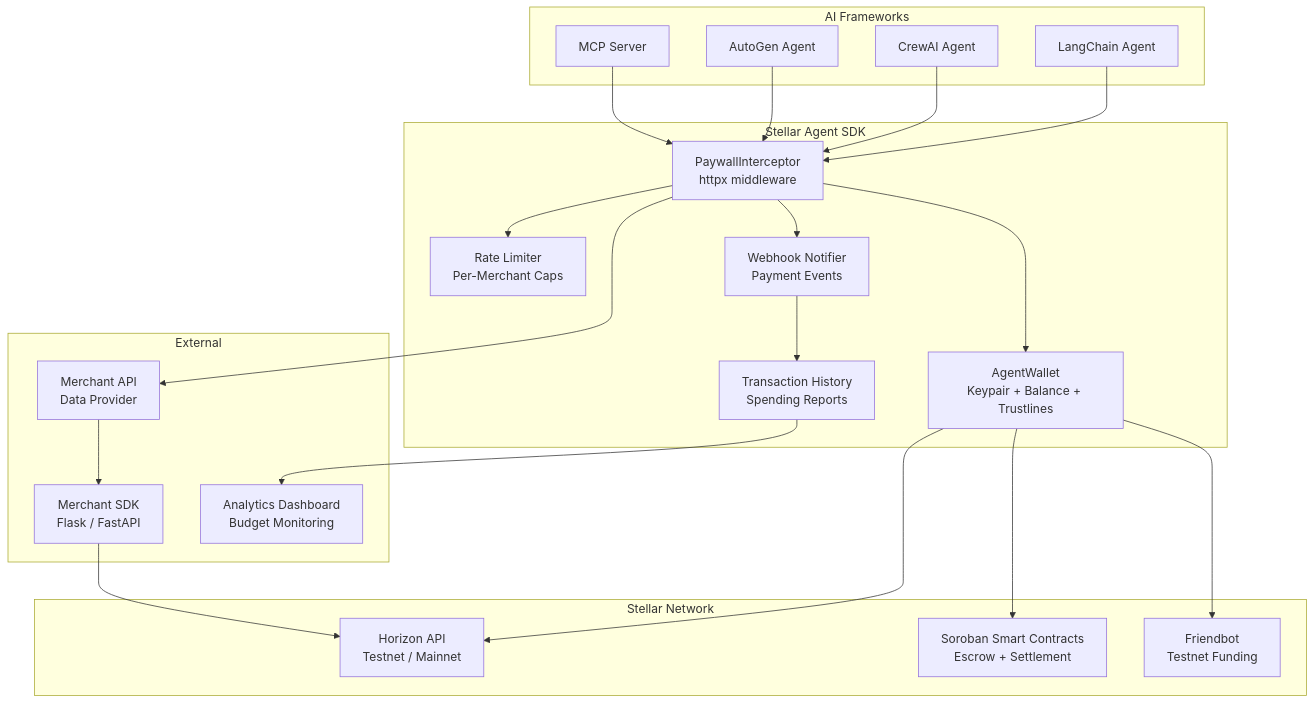
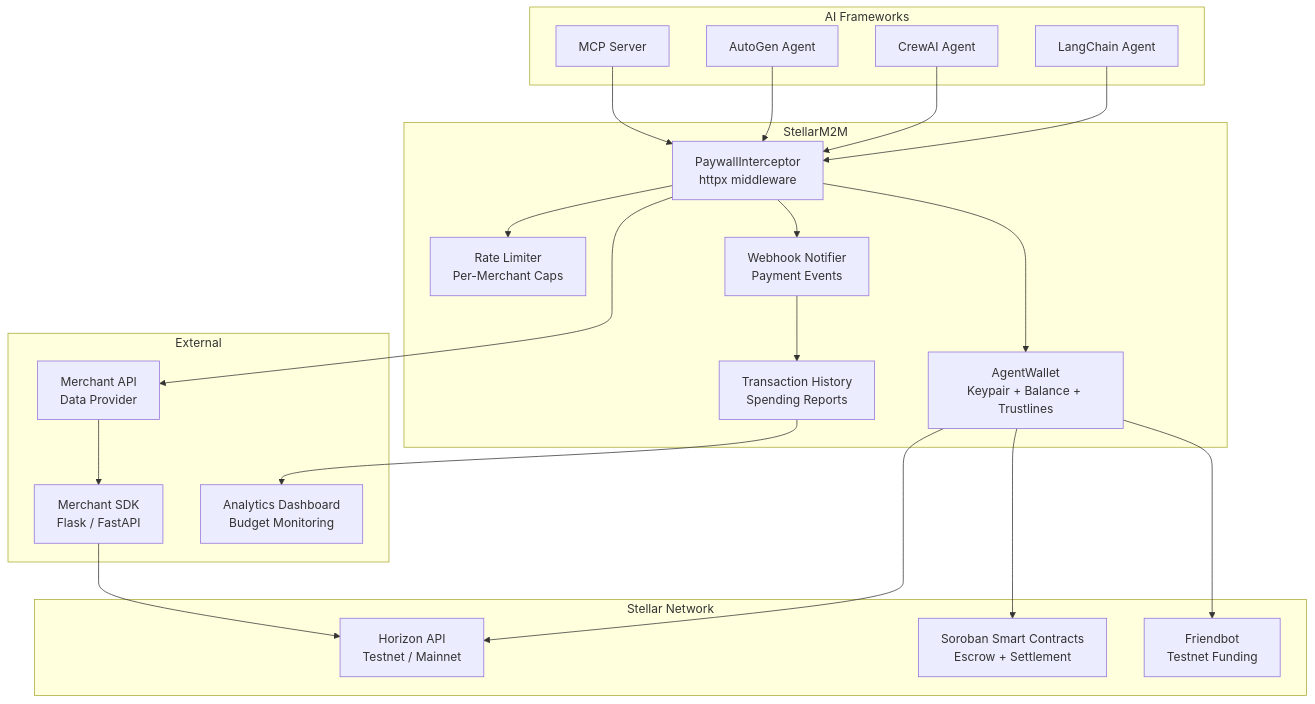
The first of 2 diagrams in ARCHITECTURE.md (StellarAgentic/StellarM2M), drawn with Mermaid before and after one commit. The commit also changed other lines of this file and 50 other files, not shown here.

````diff
--- a/ARCHITECTURE.md
+++ b/ARCHITECTURE.md
@@ -13,48 +13,48 @@
 ```mermaid
 graph TB
     subgraph "AI Frameworks"
         LC[LangChain Agent]
         CW[CrewAI Agent]
         AG[AutoGen Agent]
         MCP[MCP Server]
     end
 
-    subgraph "Stellar Agent SDK"
+    subgraph "StellarM2M"
         INT[PaywallInterceptor<br/>httpx middleware]
         WL[AgentWallet<br/>Keypair + Balance + Trustlines]
         TH[Transaction History<br/>Spending Reports]
         RL[Rate Limiter<br/>Per-Merchant Caps]
         WH[Webhook Notifier<br/>Payment Events]
     end
 
     subgraph "Stellar Network"
         HZ[Horizon API<br/>Testnet / Mainnet]
         SB[Soroban Smart Contracts<br/>Escrow + Settlement]
         FB[Friendbot<br/>Testnet Funding]
     end
 
     subgraph "External"
         MA[Merchant API<br/>Data Provider]
         MS[Merchant SDK<br/>Flask / FastAPI]
         AD[Analytics Dashboard<br/>Budget Monitoring]
     end
 
     LC --> INT
     CW --> INT
     AG --> INT
     MCP --> INT
 
     INT --> WL
     INT --> RL
     INT --> MA
     INT --> WH
 
     WL --> HZ
     WL --> SB
     WL --> FB
     WH --> TH
     TH --> AD
 
     MA --> MS
     MS --> HZ
 ```
````
